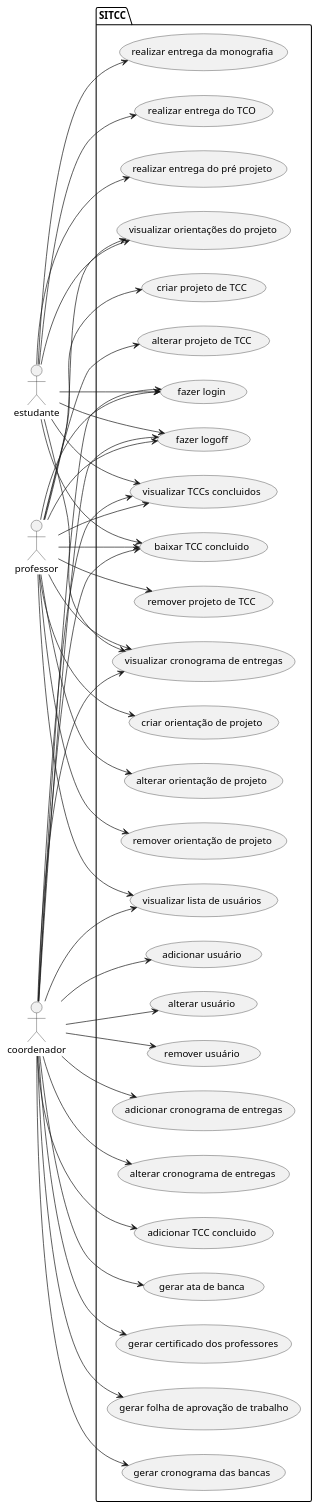
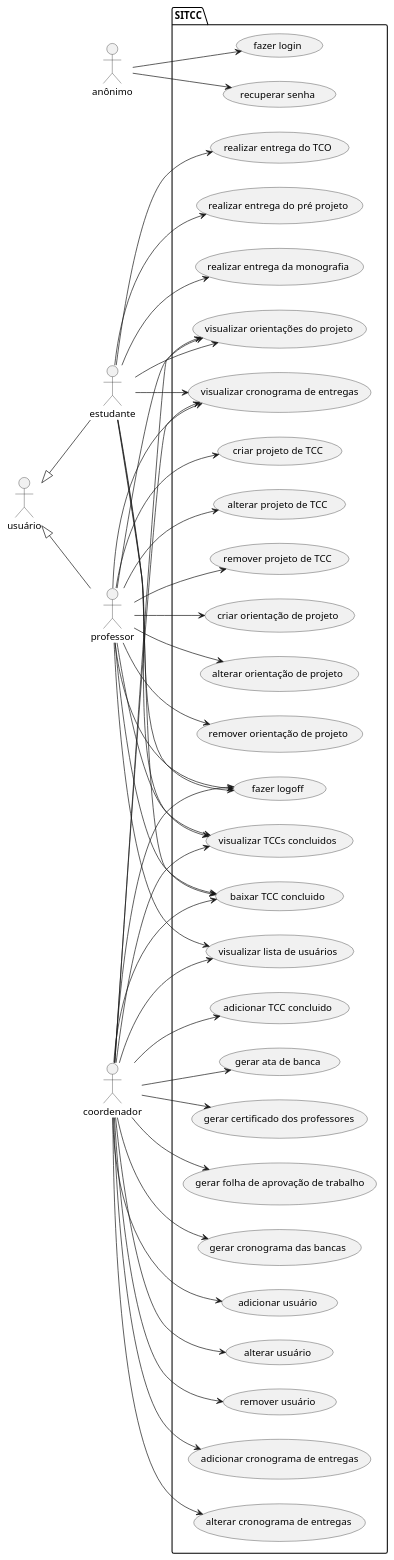
The diagram in reqs.md (EngProjTCC/SITCC), drawn with PlantUML before and after one commit.

````diff
--- a/reqs.md
+++ b/reqs.md
@@ -21,76 +21,82 @@
 ```plantuml
 @startuml
 left to right direction
+actor anônimo as a
+actor usuário as u
 actor estudante as e
 actor professor as p
 actor coordenador as c
 
+u <|-- e
+u <|-- p
+
 package SITCC {
-  usecase "fazer login" as UC1
-  usecase "fazer logoff" as UC2
-  usecase "visualizar TCCs concluidos" as UC3
-  usecase "baixar TCC concluido" as UC4
-  usecase "visualizar orientações do projeto" as UC5
-  usecase "visualizar cronograma de entregas" as UC6
-  usecase "realizar entrega do TCO" as UC7
-  usecase "realizar entrega do pré projeto" as UC8
-  usecase "realizar entrega da monografia" as UC9
-  usecase "criar projeto de TCC" as UC10  
-  usecase "alterar projeto de TCC" as UC11
-  usecase "remover projeto de TCC" as UC12
-  usecase "criar orientação de projeto" as UC13
-  usecase "alterar orientação de projeto" as UC14
-  usecase "remover orientação de projeto" as UC15
-  usecase "visualizar lista de usuários" as UC16
-  usecase "adicionar usuário" as UC17
-  usecase "alterar usuário" as UC18
-  usecase "remover usuário" as UC19
-  usecase "adicionar cronograma de entregas" as UC20
-  usecase "alterar cronograma de entregas" as UC21
-  usecase "adicionar TCC concluido" as UC22
-  usecase "gerar ata de banca" as UC23
-  usecase "gerar certificado dos professores" as UC24
-  usecase "gerar folha de aprovação de trabalho" as UC25
-  usecase "gerar cronograma das bancas" as UC26
+  usecase "recuperar senha" as UC1
+  usecase "fazer login" as UC2
+  usecase "fazer logoff" as UC3
+  usecase "visualizar TCCs concluidos" as UC4
+  usecase "baixar TCC concluido" as UC5
+  usecase "visualizar orientações do projeto" as UC6
+  usecase "visualizar cronograma de entregas" as UC7
+  usecase "realizar entrega do TCO" as UC8
+  usecase "realizar entrega do pré projeto" as UC9
+  usecase "realizar entrega da monografia" as UC10
+  usecase "criar projeto de TCC" as UC11  
+  usecase "alterar projeto de TCC" as UC12
+  usecase "remover projeto de TCC" as UC13
+  usecase "criar orientação de projeto" as UC14
+  usecase "alterar orientação de projeto" as UC15
+  usecase "remover orientação de projeto" as UC16
+  usecase "visualizar lista de usuários" as UC17
+  usecase "adicionar usuário" as UC18
+  usecase "alterar usuário" as UC19
+  usecase "remover usuário" as UC20
+  usecase "adicionar cronograma de entregas" as UC21
+  usecase "alterar cronograma de entregas" as UC22
+  usecase "adicionar TCC concluido" as UC23
+  usecase "gerar ata de banca" as UC24
+  usecase "gerar certificado dos professores" as UC25
+  usecase "gerar folha de aprovação de trabalho" as UC26
+  usecase "gerar cronograma das bancas" as UC27
   
 }
-e --> UC1
-e --> UC2
+a --> UC1
+a --> UC2
 e --> UC3
 e --> UC4
 e --> UC5
 e --> UC6
 e --> UC7
 e --> UC8
 e --> UC9
-p --> UC1
-p --> UC2
+e --> UC10
 p --> UC3
 p --> UC4
 p --> UC5
-p --> UC6 
-p --> UC10
+p --> UC6
+p --> UC7
 p --> UC11
 p --> UC12
 p --> UC13
 p --> UC14
 p --> UC15
 p --> UC16
-c --> UC1
-c --> UC2
+p --> UC17
 c --> UC3
 c --> UC4
+c --> UC5
 c --> UC6
-c --> UC16
+c --> UC7
 c --> UC17
 c --> UC18
 c --> UC19
 c --> UC20
 c --> UC21
 c --> UC22
 c --> UC23
 c --> UC24
 c --> UC25
 c --> UC26
+c --> UC27
 @enduml
 ```
````
